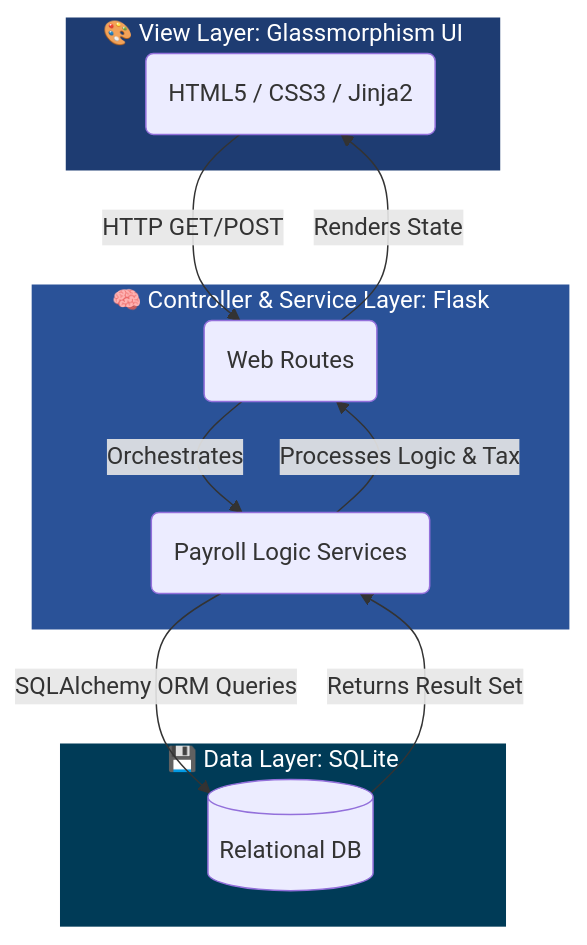
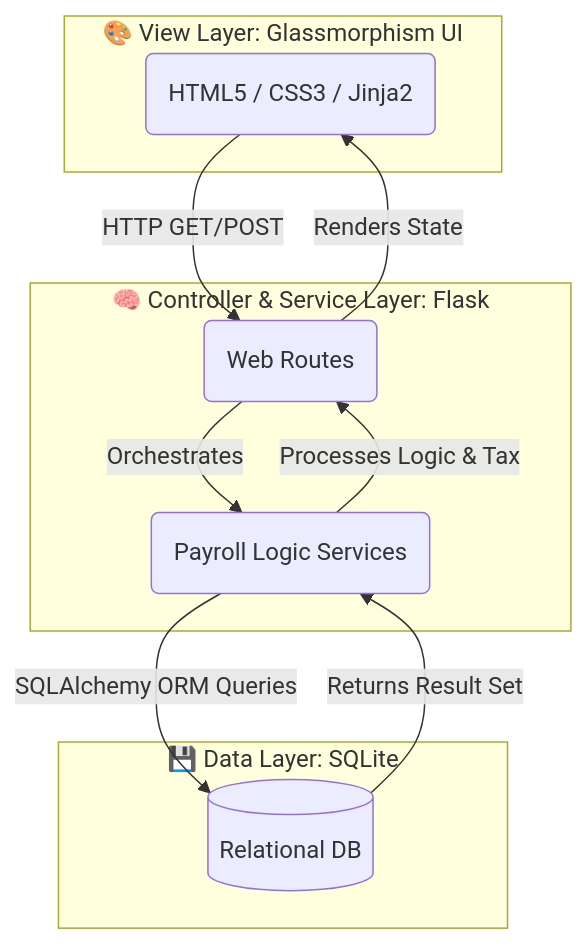
Before and after one commit to Wickedsoni/svv: the first of 2 diagrams in Payroll-Management-Testing-Project/README.md, drawn with Mermaid. The commit also changed other lines of this file, not shown here.

Commit message:
Fixed Mermaid rendering syntax for rich display on GitHub

````diff
--- a/Payroll-Management-Testing-Project/README.md
+++ b/Payroll-Management-Testing-Project/README.md
@@ -26,29 +26,24 @@
 ```mermaid
 graph TD
     %% Architecture Nodes
-    subgraph Frontend [🎨 View Layer: Glassmorphism UI]
-        UI(HTML5 / CSS3 / Jinja2)
+    subgraph Frontend ["🎨 View Layer: Glassmorphism UI"]
+        UI("HTML5 / CSS3 / Jinja2")
     end
     
-    subgraph Backend [🧠 Controller & Service Layer: Flask]
-        API(Web Routes)
-        SVC(Payroll Logic Services)
+    subgraph Backend ["🧠 Controller & Service Layer: Flask"]
+        API("Web Routes")
+        SVC("Payroll Logic Services")
     end
     
-    subgraph Database [💾 Data Layer: SQLite]
-        DB[(Relational DB)]
+    subgraph Database ["💾 Data Layer: SQLite"]
+        DB[("Relational DB")]
     end
 
     %% Flow connections
-    UI -->|HTTP GET/POST| API
-    API -->|Orchestrates| SVC
-    SVC -->|SQLAlchemy ORM Queries| DB
-    DB -->|Returns Result Set| SVC
-    SVC -->|Processes Logic & Tax| API
-    API -->|Renders State| UI
-
-    %% Styling
-    style Frontend fill:#1e3c72,stroke:#ffffff,stroke-width:2px,color:#ffffff
-    style Backend fill:#2a5298,stroke:#ffffff,stroke-width:2px,color:#ffffff
-    style Database fill:#003B57,stroke:#ffffff,stroke-width:2px,color:#ffffff
+    UI -->|"HTTP GET/POST"| API
+    API -->|"Orchestrates"| SVC
+    SVC -->|"SQLAlchemy ORM Queries"| DB
+    DB -->|"Returns Result Set"| SVC
+    SVC -->|"Processes Logic & Tax"| API
+    API -->|"Renders State"| UI
 ```
````
